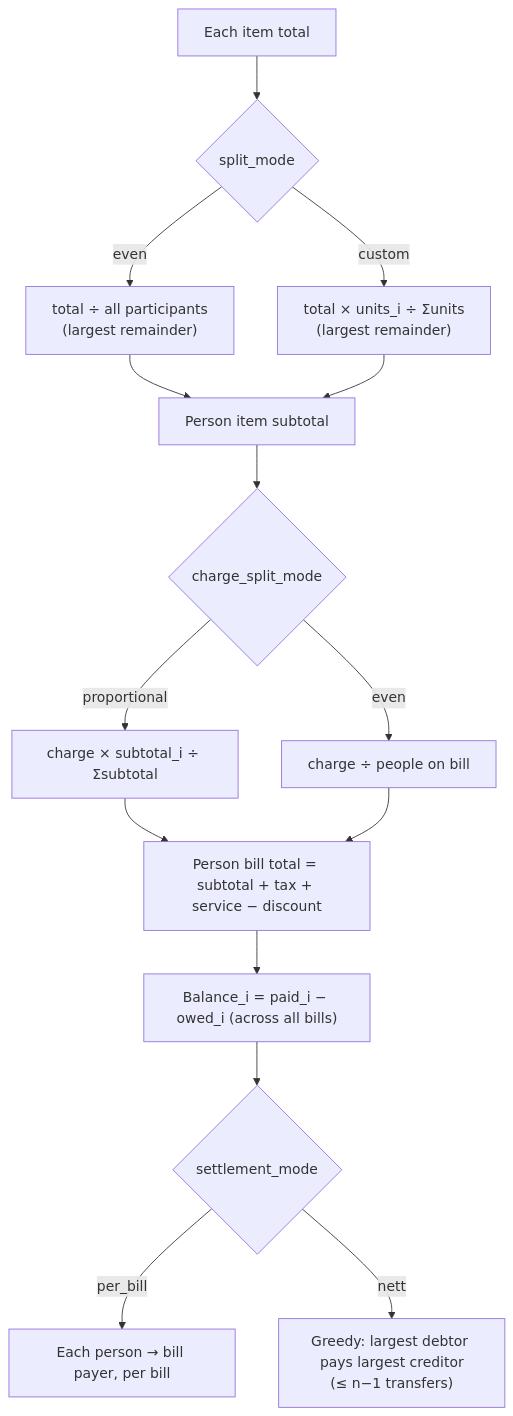
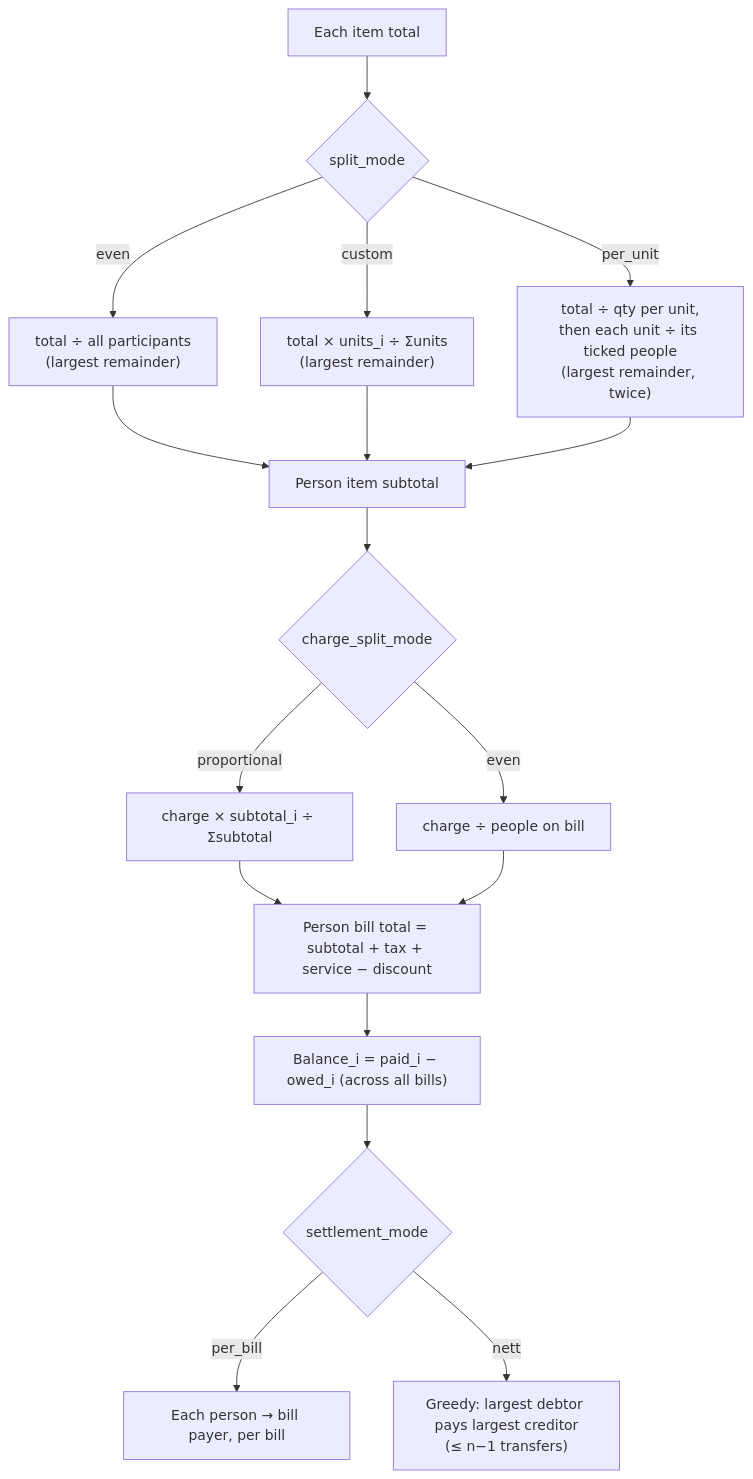
Before and after one commit to anthonyreynaldi/split-bill: the third of 5 diagrams in docs/architecture.md, drawn with Mermaid. The commit also changed other lines of this file and 7 other files, not shown here.

First line of the commit message:
docs: per-unit split

````diff
--- a/docs/architecture.md
+++ b/docs/architecture.md
@@ -97,17 +98,19 @@
 ```mermaid
 flowchart TD
   I["Each item total"] --> E{"split_mode"}
   E -- even --> EV["total ÷ all participants<br/>(largest remainder)"]
   E -- custom --> CU["total × units_i ÷ Σunits<br/>(largest remainder)"]
+  E -- per_unit --> PU["total ÷ qty per unit,<br/>then each unit ÷ its ticked people<br/>(largest remainder, twice)"]
   EV --> ST["Person item subtotal"]
   CU --> ST
+  PU --> ST
   ST --> CH{"charge_split_mode"}
   CH -- proportional --> P["charge × subtotal_i ÷ Σsubtotal"]
   CH -- even --> Q["charge ÷ people on bill"]
   P --> T["Person bill total = subtotal + tax + service − discount"]
   Q --> T
   T --> BAL["Balance_i = paid_i − owed_i (across all bills)"]
   BAL --> SM{"settlement_mode"}
   SM -- per_bill --> PB["Each person → bill payer, per bill"]
   SM -- nett --> NT["Greedy: largest debtor pays largest creditor<br/>(≤ n−1 transfers)"]
 ```
````
